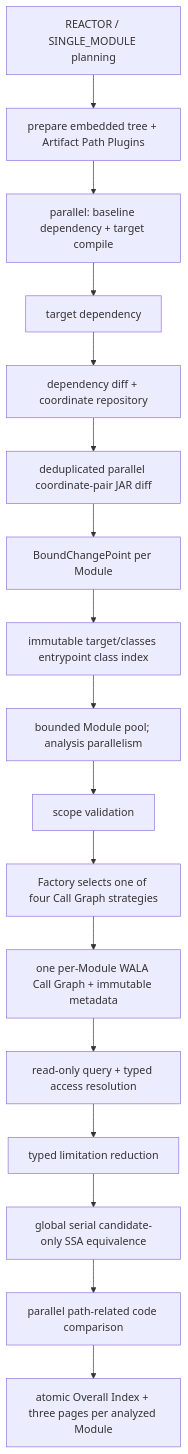
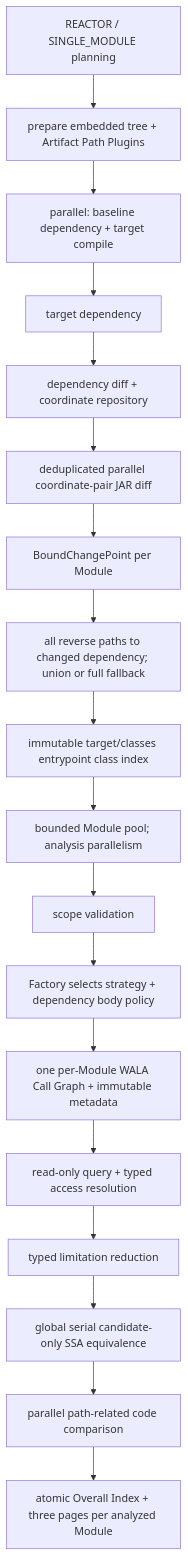
Before and after one commit to ymyii/change-impact-analyze: the diagram in wiki/architecture/dependency-analysis-pipelines.md, drawn with Mermaid. The commit also changed other lines of this file and 85 other files, not shown here.

First line of the commit message:
feat(callgraph): add changed-path dependency body scope

````diff
--- a/wiki/architecture/dependency-analysis-pipelines.md
+++ b/wiki/architecture/dependency-analysis-pipelines.md
@@ -36,19 +42,20 @@
 ```mermaid
 flowchart TD
   Scope["REACTOR / SINGLE_MODULE planning"] --> Plugin["prepare embedded tree + Artifact Path Plugins"]
   Plugin --> Front
   Front["parallel: baseline dependency + target compile"] --> TargetDep["target dependency"]
   TargetDep --> DepDiff["dependency diff + coordinate repository"]
   DepDiff --> JarDiff["deduplicated parallel coordinate-pair JAR diff"]
   JarDiff --> Bind["BoundChangePoint per Module"]
-  Bind --> EntrySelection["immutable target/classes entrypoint class index"]
+  Bind --> PathPlan["all reverse paths to changed dependency; union or full fallback"]
+  PathPlan --> EntrySelection["immutable target/classes entrypoint class index"]
   EntrySelection --> ModulePool["bounded Module pool; analysis parallelism"]
   ModulePool --> ScopeValidation["scope validation"]
-  ScopeValidation --> Strategy["Factory selects one of four Call Graph strategies"]
+  ScopeValidation --> Strategy["Factory selects strategy + dependency body policy"]
   Strategy --> CFA["one per-Module WALA Call Graph + immutable metadata"]
   CFA --> Query["read-only query + typed access resolution"]
   Query --> Coverage["typed limitation reduction"]
   Coverage --> SSA["global serial candidate-only SSA equivalence"]
   SSA --> Decompile["parallel path-related code comparison"]
   Decompile --> Report["atomic Overall Index + three pages per analyzed Module"]
 ```
````
